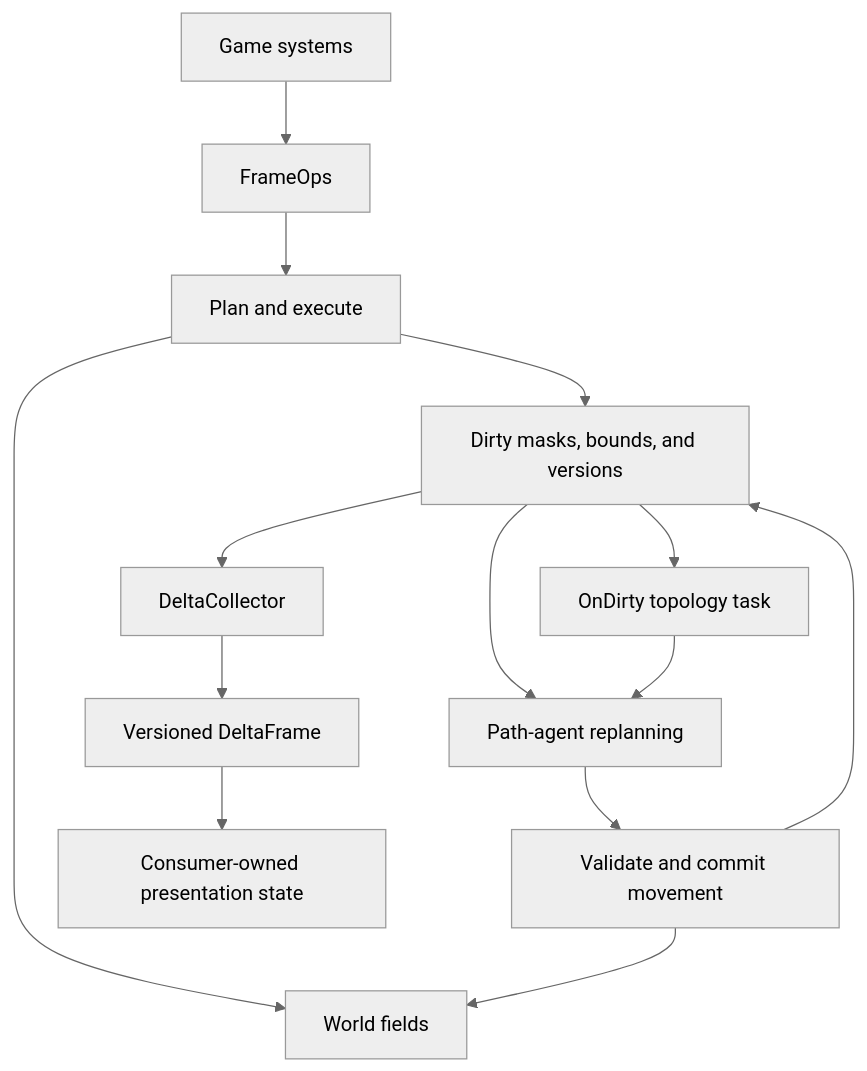
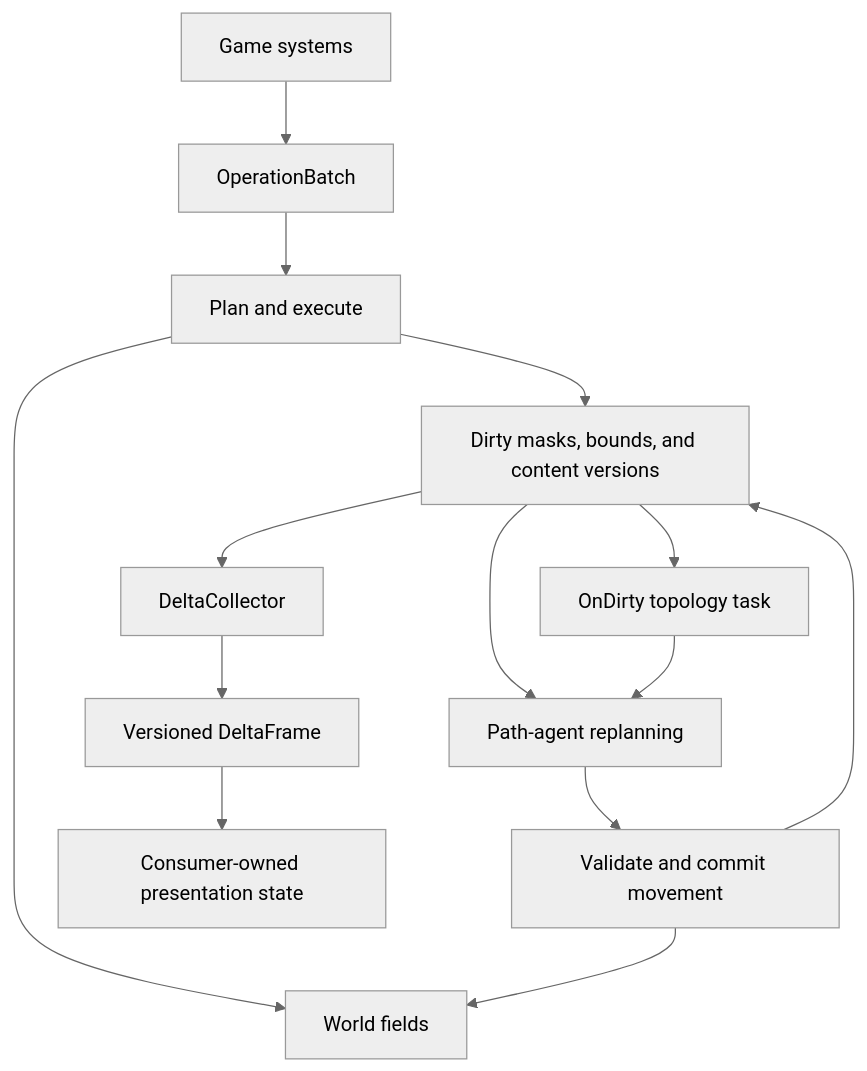
The diagram in docs/getting-started.md (kindjie/tess), drawn with Mermaid (neutral theme) before and after one commit. The commit also changed other lines of this file and 235 other files, not shown here.

````diff
--- a/docs/getting-started.md
+++ b/docs/getting-started.md
@@ -21,19 +21,19 @@
 ```mermaid
 flowchart TB
   accTitle: End-to-end simulation data flow
   accDescr: Queued edits update the world and dirty metadata, which drives topology, paths, movement, and versioned render deltas.
 
-  Caller["Game systems"] --> Queue["FrameOps"]
+  Caller["Game systems"] --> Queue["OperationBatch"]
   Queue --> Exec["Plan and execute"]
   Exec --> World["World fields"]
-  Exec --> Dirty["Dirty masks, bounds, and versions"]
+  Exec --> Dirty["Dirty masks, bounds, and content versions"]
   Dirty --> Topology["OnDirty topology task"]
   Dirty --> Paths["Path-agent replanning"]
   Topology --> Paths
   Paths --> Move["Validate and commit movement"]
   Move --> World
   Move --> Dirty
   Dirty --> Collector["DeltaCollector"]
   Collector --> Frame["Versioned DeltaFrame"]
   Frame --> Renderer["Consumer-owned presentation state"]
 ```
````
